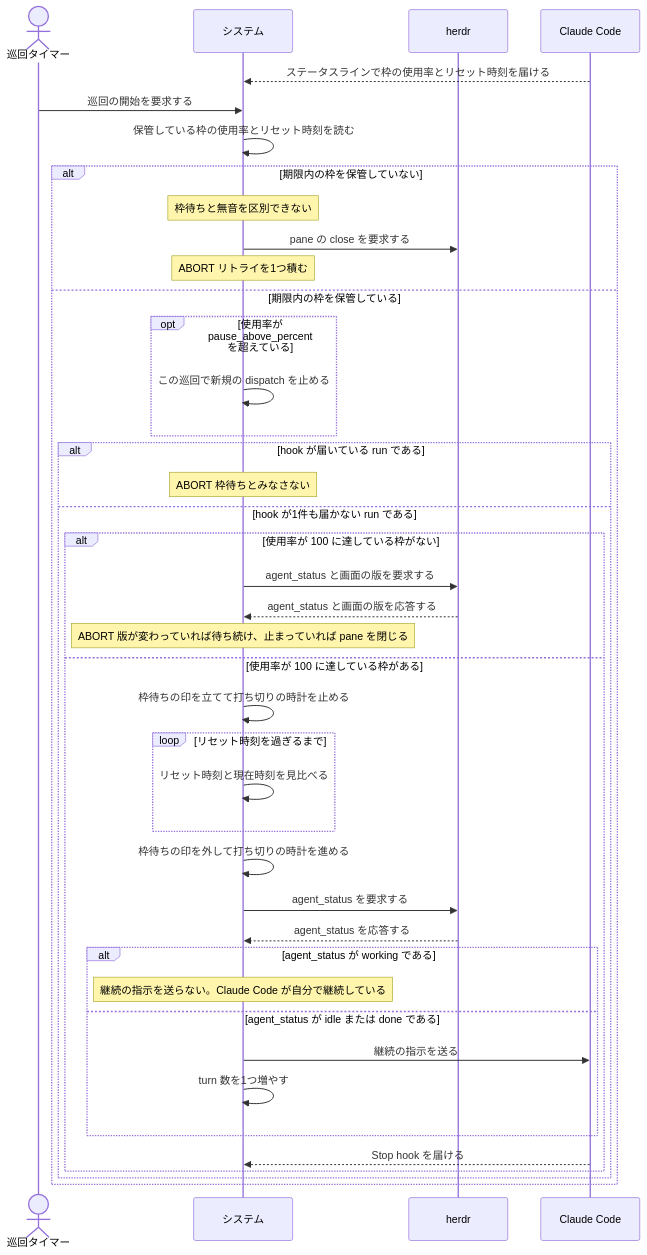
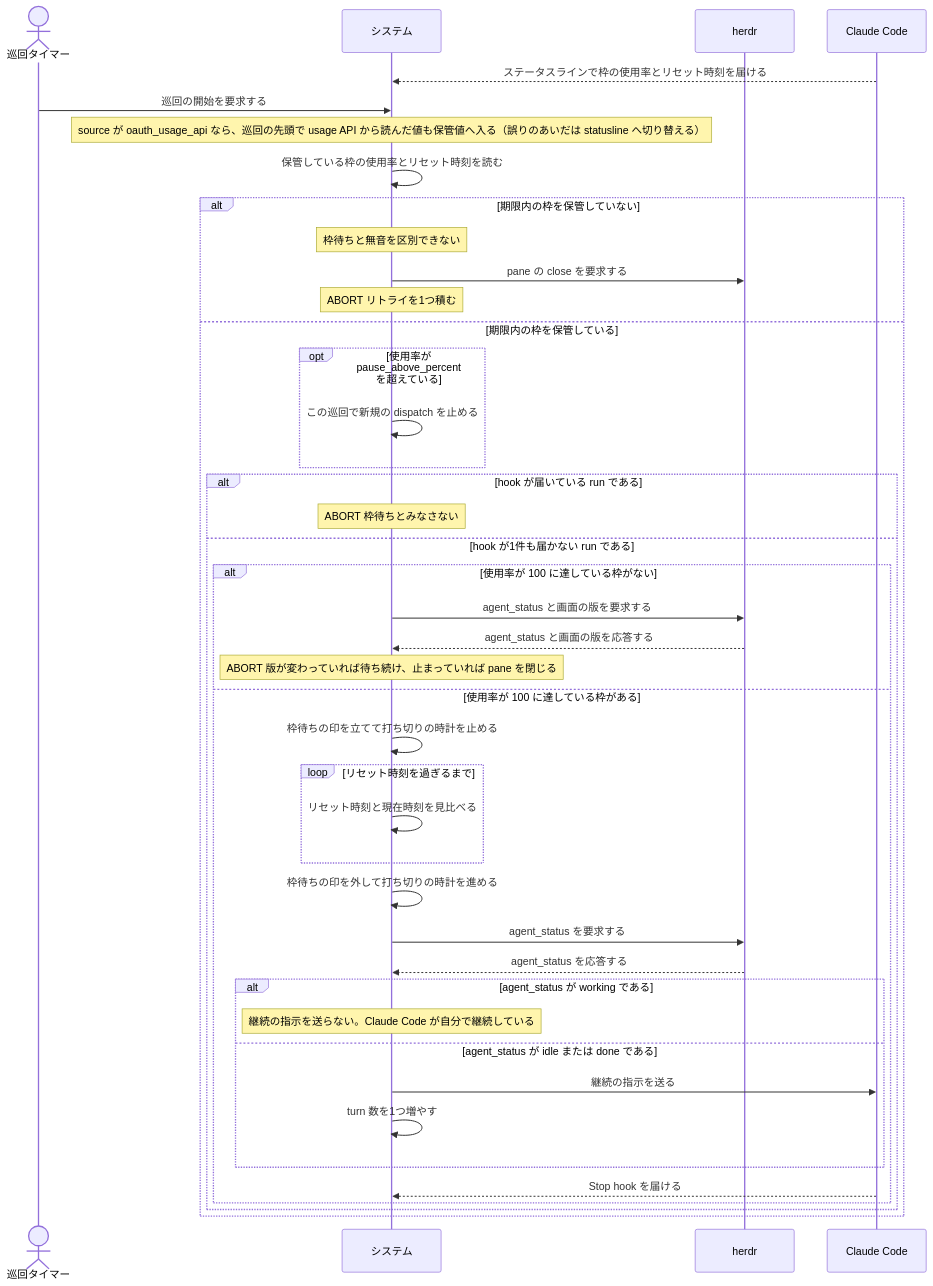
One commit to maimuzo/continuo changed the second of 2 diagrams in docs/spec/usecases/particular_case/レートリミットで待って再開する.rucm.md. Above: the diagram before and after it, drawn with Mermaid. The commit also changed other lines of this file and 84 other files, not shown here.

Commit message:
使用率を usage API から主に読み、誤りのあいだは statusline取得へ切り替える rate_limit.source の既定を oauth_usage_api に戻し、allow-keychain-access と doctor の資格情報の検査を戻す。1度も読めていないまま値が届かなければ statusline取得を止める

````diff
--- a/docs/spec/usecases/particular_case/レートリミットで待って再開する.rucm.md
+++ b/docs/spec/usecases/particular_case/レートリミットで待って再開する.rucm.md
@@ -202,44 +206,45 @@
 ```mermaid
 sequenceDiagram
     actor T as 巡回タイマー
     participant S as システム
     participant H as herdr
     participant CC as Claude Code
 
     CC-->>S: ステータスラインで枠の使用率とリセット時刻を届ける
     T->>S: 巡回の開始を要求する
+    Note over S: source が oauth_usage_api なら、巡回の先頭で usage API から読んだ値も保管値へ入る（誤りのあいだは statusline へ切り替える）
     S->>S: 保管している枠の使用率とリセット時刻を読む
     alt 期限内の枠を保管していない
         Note over S: 枠待ちと無音を区別できない
         S->>H: pane の close を要求する
         Note over S: ABORT リトライを1つ積む
     else 期限内の枠を保管している
         opt 使用率が pause_above_percent を超えている
             S->>S: この巡回で新規の dispatch を止める
         end
         alt hook が届いている run である
             Note over S: ABORT 枠待ちとみなさない
         else hook が1件も届かない run である
             alt 使用率が 100 に達している枠がない
                 S->>H: agent_status と画面の版を要求する
                 H-->>S: agent_status と画面の版を応答する
                 Note over S: ABORT 版が変わっていれば待ち続け、止まっていれば pane を閉じる
             else 使用率が 100 に達している枠がある
                 S->>S: 枠待ちの印を立てて打ち切りの時計を止める
                 loop リセット時刻を過ぎるまで
                     S->>S: リセット時刻と現在時刻を見比べる
                 end
                 S->>S: 枠待ちの印を外して打ち切りの時計を進める
                 S->>H: agent_status を要求する
                 H-->>S: agent_status を応答する
                 alt agent_status が working である
                     Note over S: 継続の指示を送らない。Claude Code が自分で継続している
                 else agent_status が idle または done である
                     S->>CC: 継続の指示を送る
                     S->>S: turn 数を1つ増やす
                 end
                 CC-->>S: Stop hook を届ける
             end
         end
     end
 ```
````
